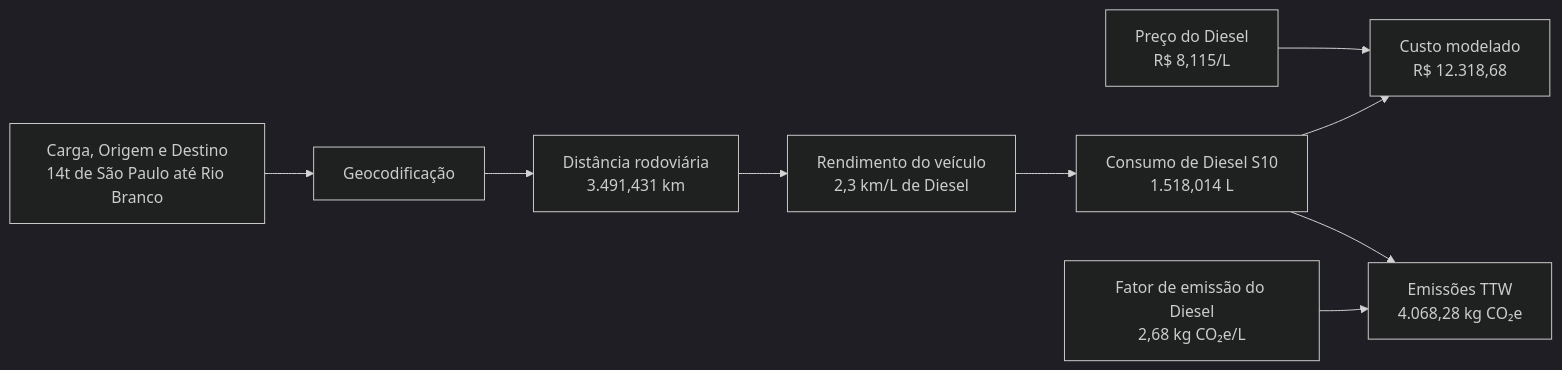
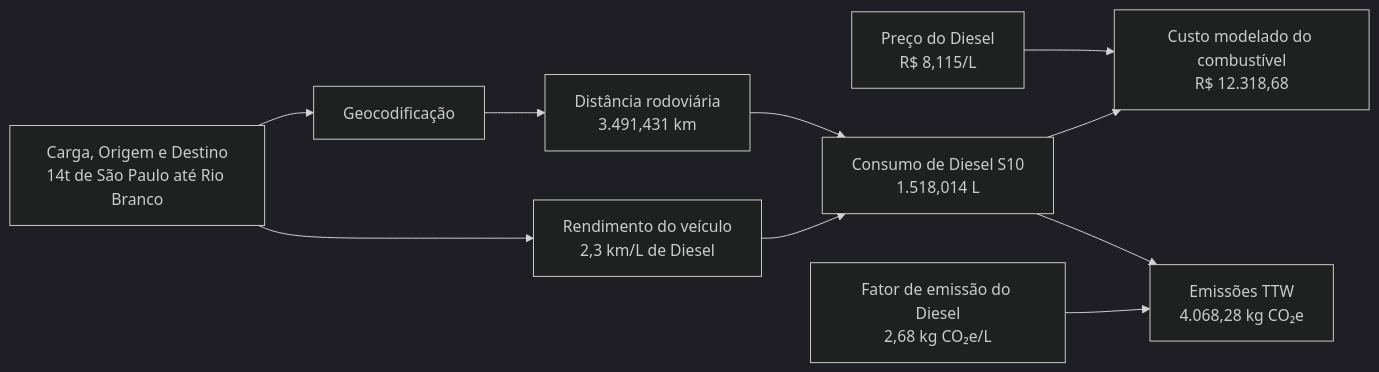
Before and after one commit to pennylanesccp/cabotage-lens: the fourth of 5 diagrams in docs/tf_technical_article_draft.md, drawn with Mermaid (dark theme). The commit also changed other lines of this file, not shown here.

````diff
--- a/docs/tf_technical_article_draft.md
+++ b/docs/tf_technical_article_draft.md
@@ -602,10 +703,10 @@
 ```mermaid
 flowchart LR
-    P["Preço do Diesel<br/>R$ 8,115/L"] --> F["Custo modelado<br/>R$ 12.318,68"]
+    P["Preço do Diesel<br/>R$ 8,115/L"] --> F["Custo modelado do combustível<br/>R$ 12.318,68"]
     A["Carga, Origem e Destino<br/>14t de São Paulo até Rio Branco"] --> B["Geocodificação"]
-    B --> C["Distância rodoviária<br/>3.491,431 km"]
-    C --> D["Rendimento do veículo<br/>2,3 km/L de Diesel"]
-    D --> E["Consumo de Diesel S10<br/>1.518,014 L"] --> F
+    A --> D
+    B --> C["Distância rodoviária<br/>3.491,431 km"] --> E
+    D["Rendimento do veículo<br/>2,3 km/L de Diesel"] --> E["Consumo de Diesel S10<br/>1.518,014 L"] --> F
     E --> G
     M["Fator de emissão do Diesel<br/>2,68 kg CO₂e/L"] --> G["Emissões TTW<br/>4.068,28 kg CO₂e"]
 ```
````
